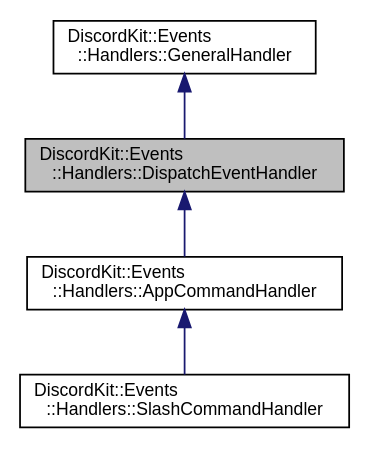
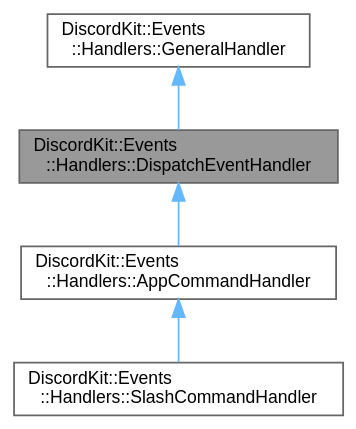
Before and after one commit to nikooozzz/DiscordKit: the diagram in d2/dc4/classDiscordKit_1_1Events_1_1Handlers_1_1DispatchEventHandler__inherit__graph.dot, drawn with Graphviz. The commit also changed 322 other files, not shown here.

Commit message:
Deploying to gh-pages from @ nikooozzz/DiscordKit@25959401f6de58a170c9d8f1c7485b84f1b5a88c 🚀

```diff
--- a/d2/dc4/classDiscordKit_1_1Events_1_1Handlers_1_1DispatchEventHandler__inherit__graph.dot
+++ b/d2/dc4/classDiscordKit_1_1Events_1_1Handlers_1_1DispatchEventHandler__inherit__graph.dot
@@ -1,13 +1,14 @@
 digraph "DiscordKit::Events::Handlers::DispatchEventHandler"
 {
  // LATEX_PDF_SIZE
-  edge [fontname="Helvetica",fontsize="10",labelfontname="Helvetica",labelfontsize="10"];
-  node [fontname="Helvetica",fontsize="10",shape=record];
-  Node1 [label="DiscordKit::Events\l::Handlers::DispatchEventHandler",height=0.2,width=0.4,color="black", fillcolor="grey75", style="filled", fontcolor="black",tooltip=" "];
-  Node2 -> Node1 [dir="back",color="midnightblue",fontsize="10",style="solid",fontname="Helvetica"];
-  Node2 [label="DiscordKit::Events\l::Handlers::GeneralHandler",height=0.2,width=0.4,color="black", fillcolor="white", style="filled",URL="$dc/dac/classDiscordKit_1_1Events_1_1Handlers_1_1GeneralHandler.html",tooltip=" "];
-  Node1 -> Node3 [dir="back",color="midnightblue",fontsize="10",style="solid",fontname="Helvetica"];
-  Node3 [label="DiscordKit::Events\l::Handlers::AppCommandHandler",height=0.2,width=0.4,color="black", fillcolor="white", style="filled",URL="$d2/d16/classDiscordKit_1_1Events_1_1Handlers_1_1AppCommandHandler.html",tooltip=" "];
-  Node3 -> Node4 [dir="back",color="midnightblue",fontsize="10",style="solid",fontname="Helvetica"];
-  Node4 [label="DiscordKit::Events\l::Handlers::SlashCommandHandler",height=0.2,width=0.4,color="black", fillcolor="white", style="filled",URL="$d5/df2/classDiscordKit_1_1Events_1_1Handlers_1_1SlashCommandHandler.html",tooltip=" "];
+  bgcolor="transparent";
+  edge [fontname=Helvetica,fontsize=10,labelfontname=Helvetica,labelfontsize=10];
+  node [fontname=Helvetica,fontsize=10,shape=box,height=0.2,width=0.4];
+  Node1 [id="Node000001",label="DiscordKit::Events\l::Handlers::DispatchEventHandler",height=0.2,width=0.4,color="gray40", fillcolor="grey60", style="filled", fontcolor="black",tooltip=" "];
+  Node2 -> Node1 [id="edge1_Node000001_Node000002",dir="back",color="steelblue1",style="solid",tooltip=" "];
+  Node2 [id="Node000002",label="DiscordKit::Events\l::Handlers::GeneralHandler",height=0.2,width=0.4,color="gray40", fillcolor="white", style="filled",URL="$dc/dac/classDiscordKit_1_1Events_1_1Handlers_1_1GeneralHandler.html",tooltip=" "];
+  Node1 -> Node3 [id="edge2_Node000001_Node000003",dir="back",color="steelblue1",style="solid",tooltip=" "];
+  Node3 [id="Node000003",label="DiscordKit::Events\l::Handlers::AppCommandHandler",height=0.2,width=0.4,color="gray40", fillcolor="white", style="filled",URL="$d2/d16/classDiscordKit_1_1Events_1_1Handlers_1_1AppCommandHandler.html",tooltip=" "];
+  Node3 -> Node4 [id="edge3_Node000003_Node000004",dir="back",color="steelblue1",style="solid",tooltip=" "];
+  Node4 [id="Node000004",label="DiscordKit::Events\l::Handlers::SlashCommandHandler",height=0.2,width=0.4,color="gray40", fillcolor="white", style="filled",URL="$d5/df2/classDiscordKit_1_1Events_1_1Handlers_1_1SlashCommandHandler.html",tooltip=" "];
 }
```
